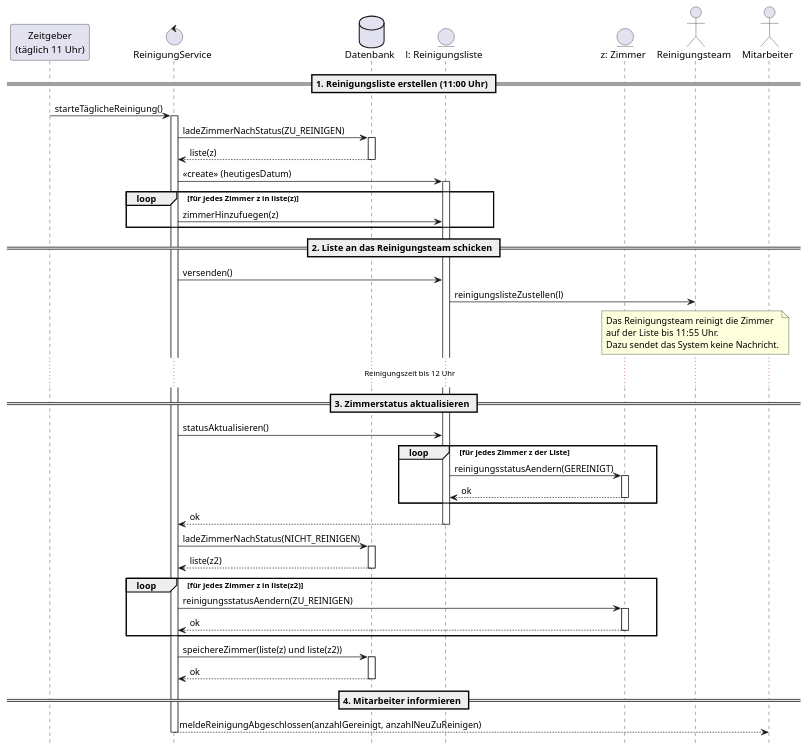
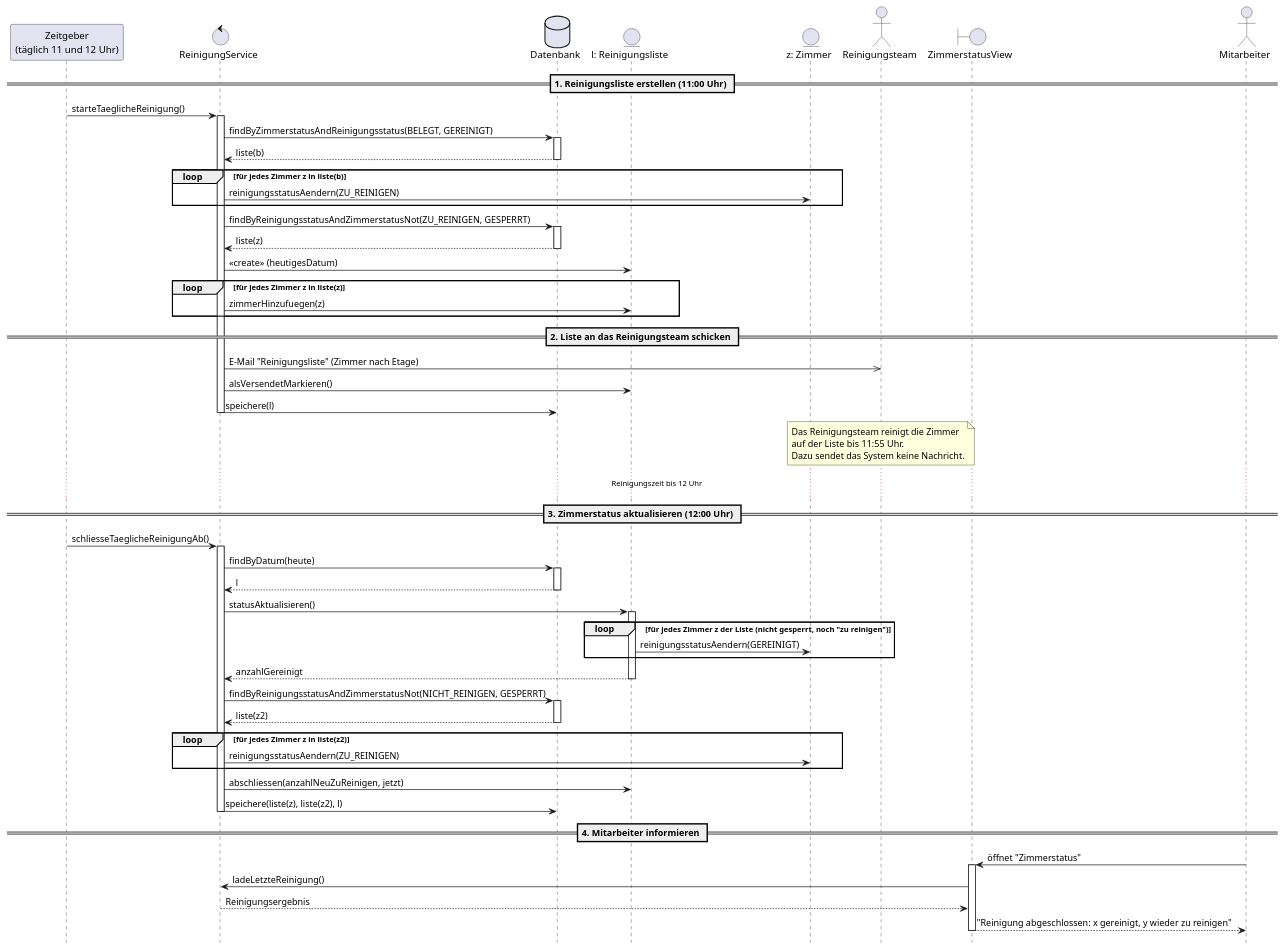
One commit to SoftwareProject-Hotel-Kuester/Software-Project-Hotel changed the diagram in UML-Diagramme/Sequenzdiagramme/SteuereTaeglicheReinigung.plantuml. Above: the diagram before and after it, drawn with PlantUML. The commit also changed 10 other files, not shown here.

First line of the commit message:
UC25: Tägliche Reinigung steuern

```diff
--- a/UML-Diagramme/Sequenzdiagramme/SteuereTaeglicheReinigung.plantuml
+++ b/UML-Diagramme/Sequenzdiagramme/SteuereTaeglicheReinigung.plantuml
@@ -1,74 +1,89 @@
 @startuml SteuereTaeglicheReinigung
 hide footbox
-participant "Zeitgeber\n(täglich 11 Uhr)" as Zeitgeber
+participant "Zeitgeber\n(täglich 11 und 12 Uhr)" as Zeitgeber
 control ReinigungService
 database "Datenbank" as DB
 entity "l: Reinigungsliste" as Liste
 entity "z: Zimmer" as Zimmer
 actor Reinigungsteam
+boundary ZimmerstatusView
 actor Mitarbeiter
 
 == 1. Reinigungsliste erstellen (11:00 Uhr) ==
-Zeitgeber -> ReinigungService: starteTäglicheReinigung()
+Zeitgeber -> ReinigungService: starteTaeglicheReinigung()
 activate ReinigungService
 
-ReinigungService -> DB: ladeZimmerNachStatus(ZU_REINIGEN)
+' Bleibegäste: gestern gereinigte, belegte Zimmer sind heute wieder dran (UC07: Standard "zu reinigen")
+ReinigungService -> DB: findByZimmerstatusAndReinigungsstatus(BELEGT, GEREINIGT)
+activate DB
+DB --> ReinigungService: liste(b)
+deactivate DB
+loop für jedes Zimmer z in liste(b)
+    ReinigungService -> Zimmer: reinigungsstatusAendern(ZU_REINIGEN)
+end
+
+ReinigungService -> DB: findByReinigungsstatusAndZimmerstatusNot(ZU_REINIGEN, GESPERRT)
 activate DB
 DB --> ReinigungService: liste(z)
 deactivate DB
 
 ReinigungService -> Liste: <<create>> (heutigesDatum)
-activate Liste
 
 loop für jedes Zimmer z in liste(z)
     ReinigungService -> Liste: zimmerHinzufuegen(z)
 end
 
 == 2. Liste an das Reinigungsteam schicken ==
-ReinigungService -> Liste: versenden()
-Liste -> Reinigungsteam: reinigungslisteZustellen(l)
+ReinigungService ->> Reinigungsteam: E-Mail "Reinigungsliste" (Zimmer nach Etage)
+ReinigungService -> Liste: alsVersendetMarkieren()
+ReinigungService -> DB: speichere(l)
+deactivate ReinigungService
 
 note over Reinigungsteam
     Das Reinigungsteam reinigt die Zimmer
     auf der Liste bis 11:55 Uhr.
     Dazu sendet das System keine Nachricht.
 end note
 
 ... Reinigungszeit bis 12 Uhr ...
 
-== 3. Zimmerstatus aktualisieren ==
+== 3. Zimmerstatus aktualisieren (12:00 Uhr) ==
+Zeitgeber -> ReinigungService: schliesseTaeglicheReinigungAb()
+activate ReinigungService
+ReinigungService -> DB: findByDatum(heute)
+activate DB
+DB --> ReinigungService: l
+deactivate DB
+
 ' Reihenfolge ist wichtig: Erst die Zimmer der Liste auf GEREINIGT setzen,
 ' danach die Zimmer mit NICHT_REINIGEN auf ZU_REINIGEN. Sonst würden sie
 ' noch am selben Tag auf GEREINIGT springen.
 ReinigungService -> Liste: statusAktualisieren()
-
-loop für jedes Zimmer z der Liste
+activate Liste
+loop für jedes Zimmer z der Liste (nicht gesperrt, noch "zu reinigen")
     Liste -> Zimmer: reinigungsstatusAendern(GEREINIGT)
-    activate Zimmer
-    Zimmer --> Liste: ok
-    deactivate Zimmer
 end
-Liste --> ReinigungService: ok
+Liste --> ReinigungService: anzahlGereinigt
 deactivate Liste
 
-ReinigungService -> DB: ladeZimmerNachStatus(NICHT_REINIGEN)
+ReinigungService -> DB: findByReinigungsstatusAndZimmerstatusNot(NICHT_REINIGEN, GESPERRT)
 activate DB
 DB --> ReinigungService: liste(z2)
 deactivate DB
 
 loop für jedes Zimmer z in liste(z2)
     ReinigungService -> Zimmer: reinigungsstatusAendern(ZU_REINIGEN)
-    activate Zimmer
-    Zimmer --> ReinigungService: ok
-    deactivate Zimmer
 end
 
-ReinigungService -> DB: speichereZimmer(liste(z) und liste(z2))
-activate DB
-DB --> ReinigungService: ok
-deactivate DB
+ReinigungService -> Liste: abschliessen(anzahlNeuZuReinigen, jetzt)
+ReinigungService -> DB: speichere(liste(z), liste(z2), l)
+deactivate ReinigungService
 
 == 4. Mitarbeiter informieren ==
-ReinigungService --> Mitarbeiter: meldeReinigungAbgeschlossen(anzahlGereinigt, anzahlNeuZuReinigen)
-deactivate ReinigungService
+Mitarbeiter -> ZimmerstatusView: öffnet "Zimmerstatus"
+activate ZimmerstatusView
+ZimmerstatusView -> ReinigungService: ladeLetzteReinigung()
+ReinigungService --> ZimmerstatusView: Reinigungsergebnis
+ZimmerstatusView --> Mitarbeiter: "Reinigung abgeschlossen: x gereinigt, y wieder zu reinigen"
+deactivate ZimmerstatusView
 @enduml
```
